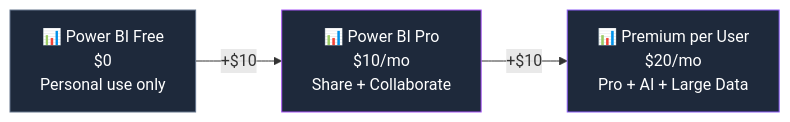
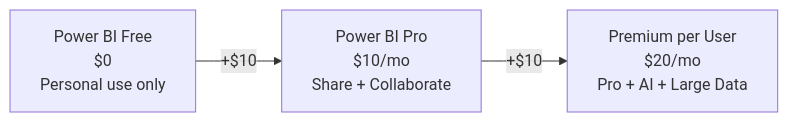
Before and after one commit to susanthgit/aguidetocloud-revamp: the diagram in content/licensing/power-bi-pro.md, drawn with Mermaid. The commit also changed 553 other files, not shown here.

First line of the commit message:
🌸 Z17: Zen Mermaid diagrams — Stripe Docs style

````diff
--- a/content/licensing/power-bi-pro.md
+++ b/content/licensing/power-bi-pro.md
@@ -38,11 +38,8 @@
 ```mermaid
 flowchart LR
-    FREE["📊 Power BI Free\n$0\nPersonal use only"]
-    PRO["📊 Power BI Pro\n$10/mo\nShare + Collaborate"]
-    PPU["📊 Premium per User\n$20/mo\nPro + AI + Large Data"]
+    FREE["Power BI Free<br/>$0<br/>Personal use only"]
+    PRO["Power BI Pro<br/>$10/mo<br/>Share + Collaborate"]
+    PPU["Premium per User<br/>$20/mo<br/>Pro + AI + Large Data"]
     FREE -->|"+$10"| PRO
     PRO -->|"+$10"| PPU
-    style FREE fill:#1e293b,stroke:#64748b,color:#ffffff
-    style PRO fill:#1e293b,stroke:#a855f7,color:#ffffff
-    style PPU fill:#1e293b,stroke:#8b5cf6,color:#ffffff
 ```
````
